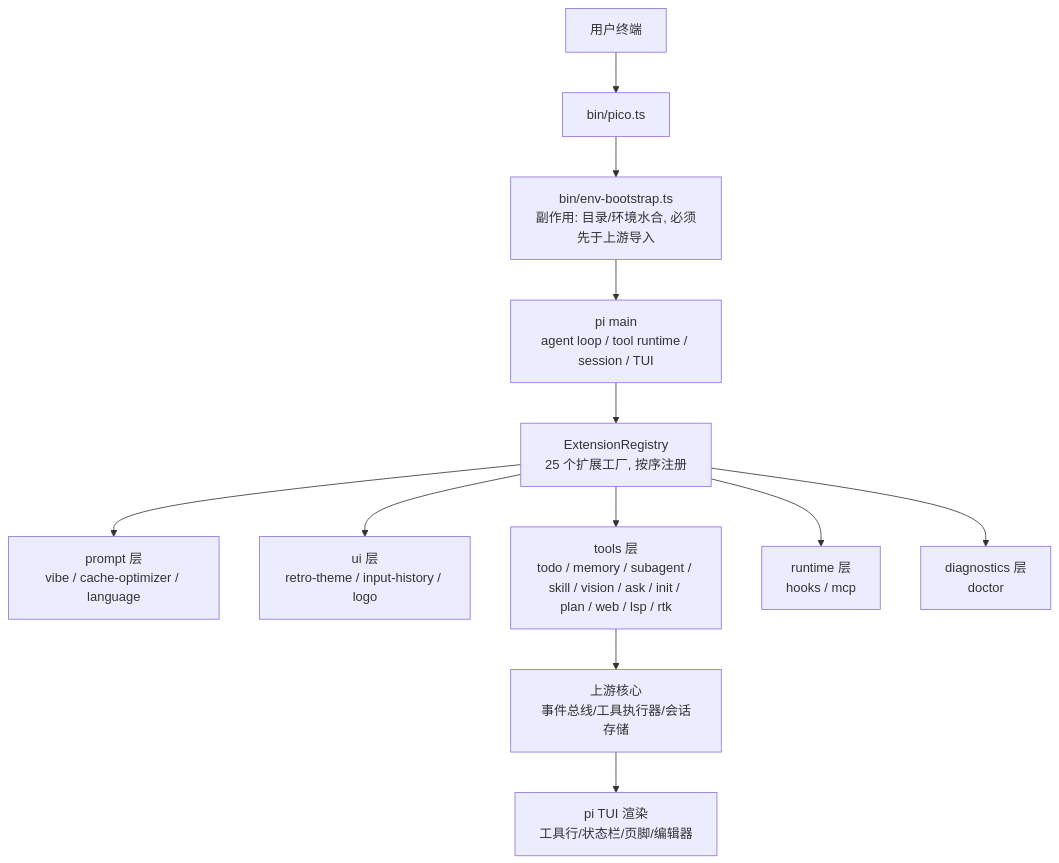
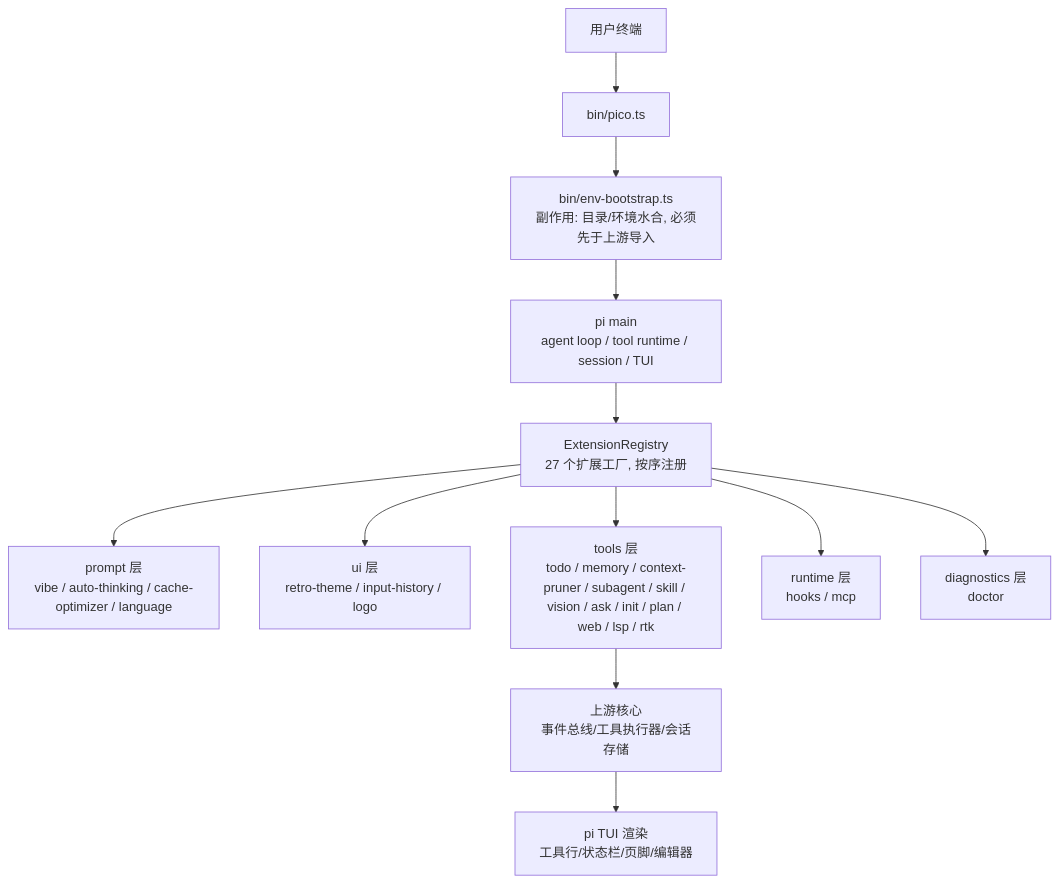
The first of 5 diagrams in docs/internal-tech-review.md (sswym/pico), drawn with Mermaid before and after one commit. The commit also changed other lines of this file and 13 other files, not shown here.

````diff
--- a/docs/internal-tech-review.md
+++ b/docs/internal-tech-review.md
@@ -38,14 +38,14 @@
 ```mermaid
 flowchart TD
     U[用户终端] --> BIN[bin/pico.ts]
     BIN --> BOOT[bin/env-bootstrap.ts<br/>副作用: 目录/环境水合, 必须先于上游导入]
     BOOT --> MAIN[pi main<br/>agent loop / tool runtime / session / TUI]
-    MAIN --> REG[ExtensionRegistry<br/>25 个扩展工厂, 按序注册]
-    REG --> E1[prompt 层<br/>vibe / cache-optimizer / language]
+    MAIN --> REG[ExtensionRegistry<br/>27 个扩展工厂, 按序注册]
+    REG --> E1[prompt 层<br/>vibe / auto-thinking / cache-optimizer / language]
     REG --> E2[ui 层<br/>retro-theme / input-history / logo]
-    REG --> E3[tools 层<br/>todo / memory / subagent / skill / vision / ask / init / plan / web / lsp / rtk]
+    REG --> E3[tools 层<br/>todo / memory / context-pruner / subagent / skill / vision / ask / init / plan / web / lsp / rtk]
     REG --> E4[runtime 层<br/>hooks / mcp]
     REG --> E5[diagnostics 层<br/>doctor]
     E3 --> CORE[上游核心<br/>事件总线/工具执行器/会话存储]
     CORE --> TUI[pi TUI 渲染<br/>工具行/状态栏/页脚/编辑器]
 ```
````
